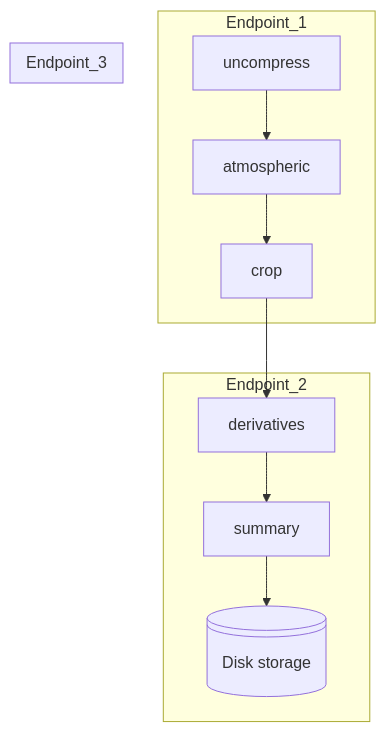
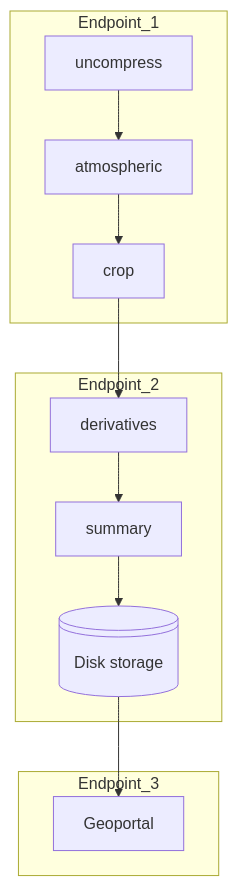
One commit to ddomizzisg/Landsat8Processing changed the diagram in README.md. Above: the diagram before and after it, drawn with Mermaid.

````diff
--- a/README.md
+++ b/README.md
@@ -23,15 +23,16 @@
 ```mermaid
 flowchart TD
     subgraph Endpoint_1
     uncompress-->atmospheric
     atmospheric-->crop
     end
     subgraph Endpoint_2
     crop-->derivatives
     derivatives-->summary
     summary-->A
     end
     subgraph Endpoint_3
     A@{ shape: lin-cyl, label: "Disk storage" }
+    A-->Geoportal
     end
 ```
````
